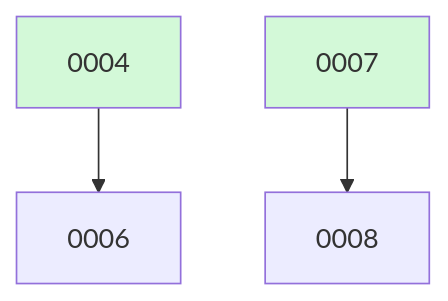
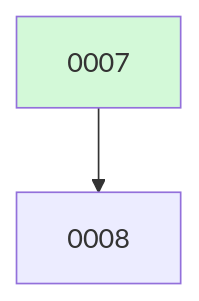
One commit to ethanhinson/llm-research-agent changed the diagram in docs/changes/BOARD.md. Above: the diagram before and after it, drawn with Mermaid. The commit also changed other lines of this file, not shown here.

````diff
--- a/docs/changes/BOARD.md
+++ b/docs/changes/BOARD.md
@@ -12,8 +11,6 @@
 ```mermaid
 graph TD
-  0004 --> 0006
   0007 --> 0008
-  0004:::done
   0007:::done
   classDef done fill:#d3f9d8;
 ```
````
